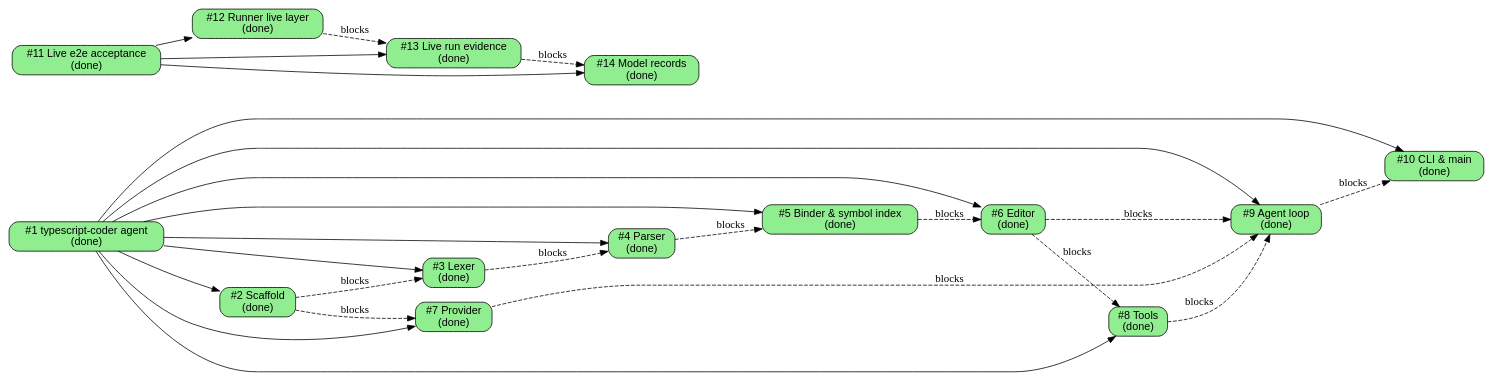
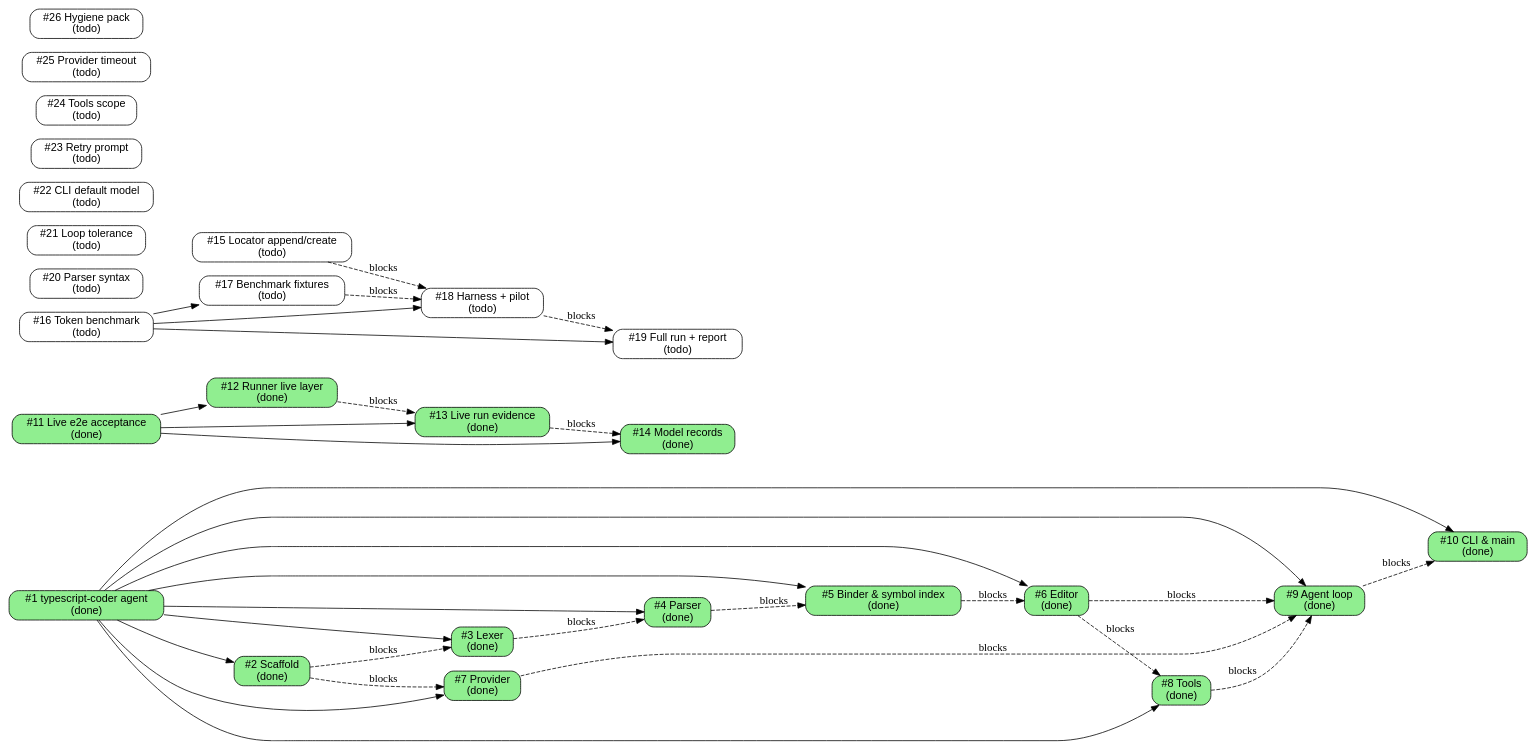
One commit to illusory0x0/typescript-coder changed the diagram in issues/todo.md. Above: the diagram before and after it, drawn with Graphviz. The commit also changed other lines of this file and 12 other files, not shown here.

Commit message:
File issues #15-#26 for append mode, token benchmark, and audit fixes

````diff
--- a/issues/todo.md
+++ b/issues/todo.md
@@ -7,53 +7,73 @@
 ```dot
 digraph issues {
   rankdir=LR;
   node [shape=box, style="rounded,filled", fontname="Helvetica"];
 
   // status colors: todo=white, in-progress=lightyellow, review=lightblue,
   //                done=lightgreen, wontfix=lightgrey
   "1"  [label="#1 typescript-coder agent\n(done)", fillcolor="lightgreen"];
   "2"  [label="#2 Scaffold\n(done)", fillcolor="lightgreen"];
   "3"  [label="#3 Lexer\n(done)", fillcolor="lightgreen"];
   "4"  [label="#4 Parser\n(done)", fillcolor="lightgreen"];
   "5"  [label="#5 Binder & symbol index\n(done)", fillcolor="lightgreen"];
   "6"  [label="#6 Editor\n(done)", fillcolor="lightgreen"];
   "7"  [label="#7 Provider\n(done)", fillcolor="lightgreen"];
   "8"  [label="#8 Tools\n(done)", fillcolor="lightgreen"];
   "9"  [label="#9 Agent loop\n(done)", fillcolor="lightgreen"];
   "10" [label="#10 CLI & main\n(done)", fillcolor="lightgreen"];
   "11" [label="#11 Live e2e acceptance\n(done)", fillcolor="lightgreen"];
   "12" [label="#12 Runner live layer\n(done)", fillcolor="lightgreen"];
   "13" [label="#13 Live run evidence\n(done)", fillcolor="lightgreen"];
   "14" [label="#14 Model records\n(done)", fillcolor="lightgreen"];
+  "15" [label="#15 Locator append/create\n(todo)", fillcolor="white"];
+  "16" [label="#16 Token benchmark\n(todo)", fillcolor="white"];
+  "17" [label="#17 Benchmark fixtures\n(todo)", fillcolor="white"];
+  "18" [label="#18 Harness + pilot\n(todo)", fillcolor="white"];
+  "19" [label="#19 Full run + report\n(todo)", fillcolor="white"];
+  "20" [label="#20 Parser syntax\n(todo)", fillcolor="white"];
+  "21" [label="#21 Loop tolerance\n(todo)", fillcolor="white"];
+  "22" [label="#22 CLI default model\n(todo)", fillcolor="white"];
+  "23" [label="#23 Retry prompt\n(todo)", fillcolor="white"];
+  "24" [label="#24 Tools scope\n(todo)", fillcolor="white"];
+  "25" [label="#25 Provider timeout\n(todo)", fillcolor="white"];
+  "26" [label="#26 Hygiene pack\n(todo)", fillcolor="white"];
 
   // tree edges (parent -> child), solid
   "1" -> "2";
   "1" -> "3";
   "1" -> "4";
   "1" -> "5";
   "1" -> "6";
   "1" -> "7";
   "1" -> "8";
   "1" -> "9";
   "1" -> "10";
 
   // tree edges (parent -> child), solid
   "11" -> "12";
   "11" -> "13";
   "11" -> "14";
 
+  // tree edges (parent -> child), solid
+  "16" -> "17";
+  "16" -> "18";
+  "16" -> "19";
+
   // dependency edges (blocker -> blocked), dashed
   "2" -> "3" [style=dashed, label="blocks"];
   "3" -> "4" [style=dashed, label="blocks"];
   "4" -> "5" [style=dashed, label="blocks"];
   "5" -> "6" [style=dashed, label="blocks"];
   "2" -> "7" [style=dashed, label="blocks"];
   "6" -> "8" [style=dashed, label="blocks"];
   "6" -> "9" [style=dashed, label="blocks"];
   "7" -> "9" [style=dashed, label="blocks"];
   "8" -> "9" [style=dashed, label="blocks"];
   "9" -> "10" [style=dashed, label="blocks"];
   "12" -> "13" [style=dashed, label="blocks"];
   "13" -> "14" [style=dashed, label="blocks"];
+  "15" -> "18" [style=dashed, label="blocks"];
+  "17" -> "18" [style=dashed, label="blocks"];
+  "18" -> "19" [style=dashed, label="blocks"];
 }
 ```
````
